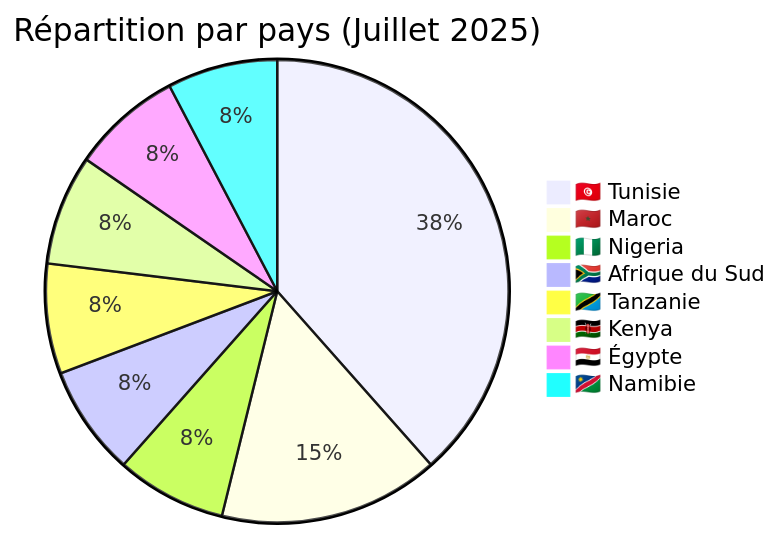
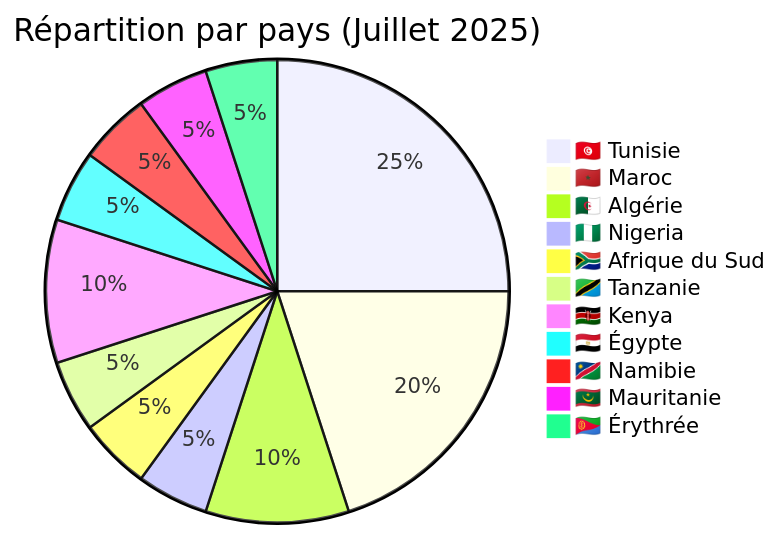
Before and after one commit to Hatchepsoute/AFRINTEL: the third of 5 diagrams in CyberAttackAfrica/2025/07-july/README_FR.md, drawn with Mermaid. The commit also changed other lines of this file and 255 other files, not shown here.

````diff
--- a/CyberAttackAfrica/2025/07-july/README_FR.md
+++ b/CyberAttackAfrica/2025/07-july/README_FR.md
@@ -79,11 +102,14 @@
 ```mermaid
 pie title Répartition par pays (Juillet 2025)
     "🇹🇳 Tunisie" : 5
-    "🇲🇦 Maroc" : 2
+    "🇲🇦 Maroc" : 4
+    "🇩🇿 Algérie" : 2
     "🇳🇬 Nigeria" : 1
     "🇿🇦 Afrique du Sud" : 1
     "🇹🇿 Tanzanie" : 1
-    "🇰🇪 Kenya" : 1
+    "🇰🇪 Kenya" : 2
     "🇪🇬 Égypte" : 1
     "🇳🇦 Namibie" : 1
+    "🇲🇷 Mauritanie" : 1
+    "🇪🇷 Érythrée" : 1
 ```
````
